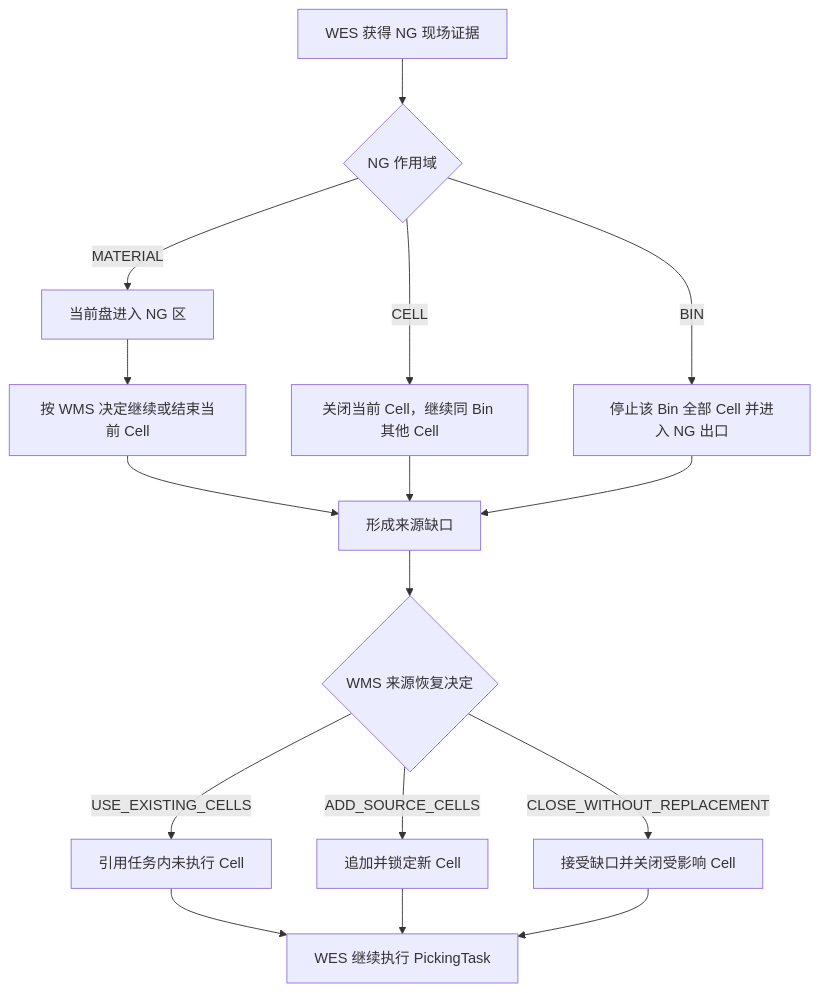
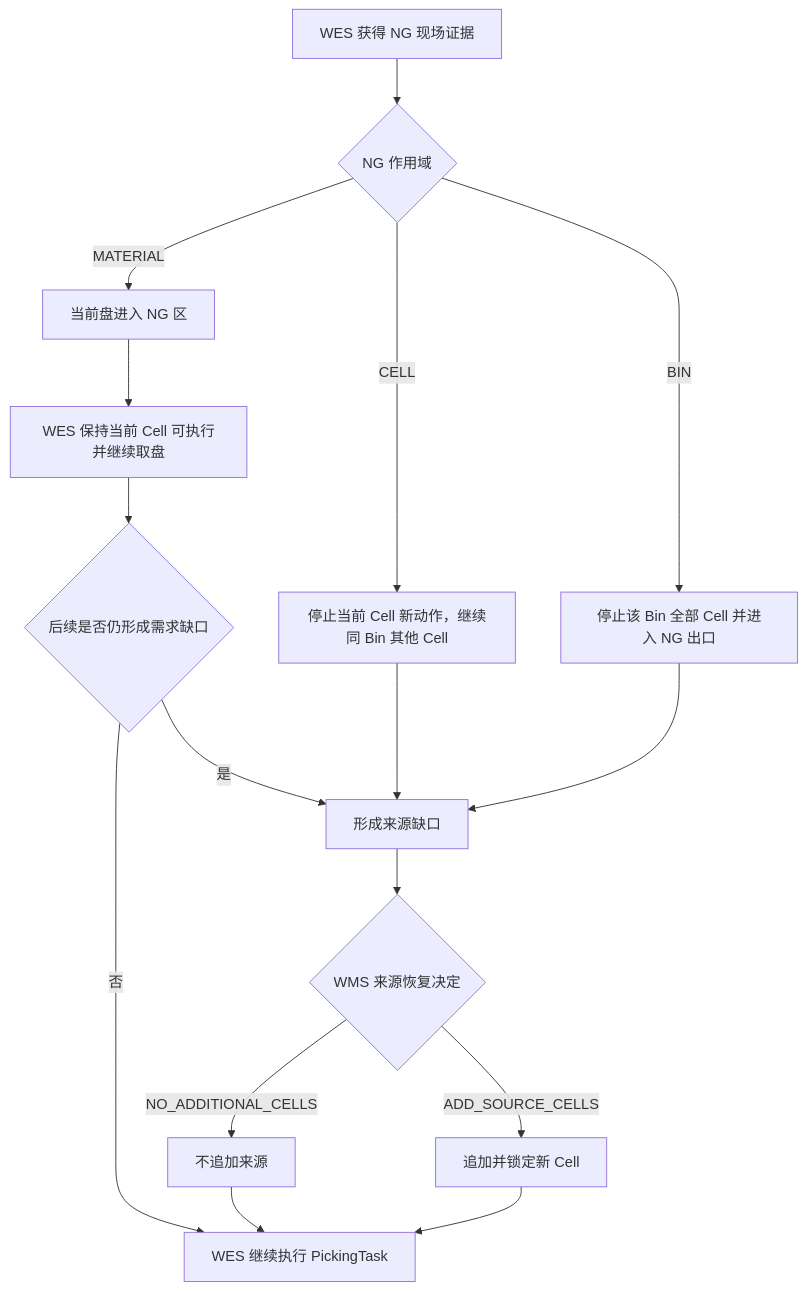
The third of 4 diagrams in docs/contracts/wms-outbound-picking-task-integration-requirements.md (kaizhoumasha/wes_backend), drawn with Mermaid before and after one commit. The commit also changed other lines of this file and 23 other files, not shown here.

````diff
--- a/docs/contracts/wms-outbound-picking-task-integration-requirements.md
+++ b/docs/contracts/wms-outbound-picking-task-integration-requirements.md
@@ -269,18 +294,18 @@
 ```mermaid
 flowchart TD
     A["WES 获得 NG 现场证据"] --> B{"NG 作用域"}
     B -->|MATERIAL| C["当前盘进入 NG 区"]
-    C --> D["按 WMS 决定继续或结束当前 Cell"]
-    B -->|CELL| E["关闭当前 Cell，继续同 Bin 其他 Cell"]
+    C --> D["WES 保持当前 Cell 可执行并继续取盘"]
+    B -->|CELL| E["停止当前 Cell 新动作，继续同 Bin 其他 Cell"]
     B -->|BIN| F["停止该 Bin 全部 Cell 并进入 NG 出口"]
-    D --> G["形成来源缺口"]
+    D --> M{"后续是否仍形成需求缺口"}
+    M -->|否| L["WES 继续执行 PickingTask"]
+    M -->|是| G["形成来源缺口"]
     E --> G
     F --> G
     G --> H{"WMS 来源恢复决定"}
-    H -->|USE_EXISTING_CELLS| I["引用任务内未执行 Cell"]
+    H -->|NO_ADDITIONAL_CELLS| I["不追加来源"]
     H -->|ADD_SOURCE_CELLS| J["追加并锁定新 Cell"]
-    H -->|CLOSE_WITHOUT_REPLACEMENT| K["接受缺口并关闭受影响 Cell"]
-    I --> L["WES 继续执行 PickingTask"]
+    I --> L
     J --> L
-    K --> L
 ```
````
